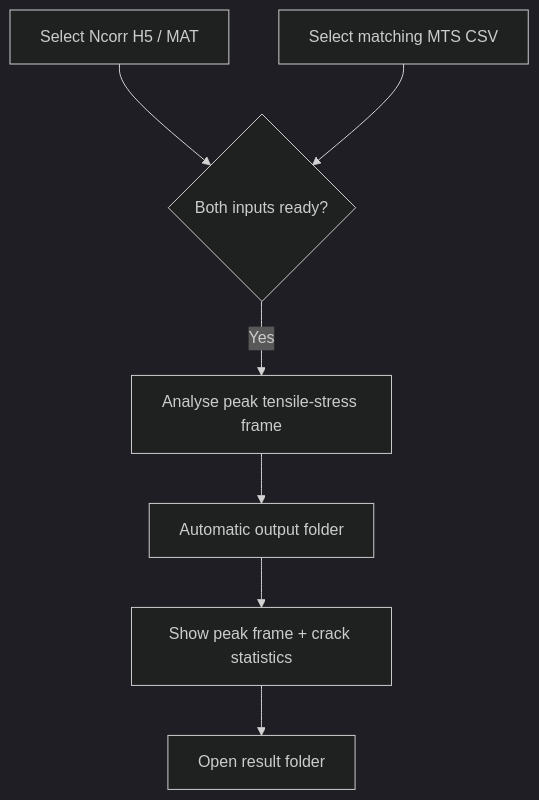
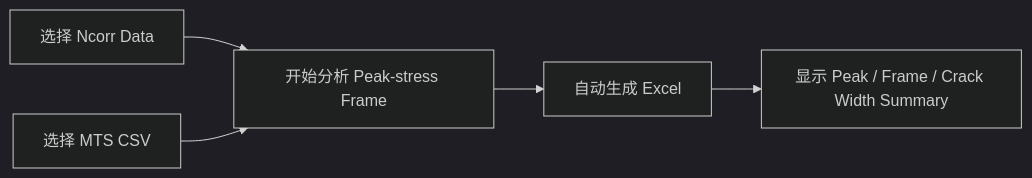
The sixth of 6 diagrams in README.md (liqinglq666/CrackVision-DIC), drawn with Mermaid (dark theme) before and after one commit. The commit also changed other lines of this file, not shown here.

````diff
--- a/README.md
+++ b/README.md
@@ -663,9 +799,7 @@
 ```mermaid
-flowchart TD
-    A[Select Ncorr H5 / MAT] --> C{Both inputs ready?}
-    B[Select matching MTS CSV] --> C
-    C -->|Yes| D[Analyse peak tensile-stress frame]
-    D --> E[Automatic output folder]
-    E --> F[Show peak frame + crack statistics]
-    F --> G[Open result folder]
+flowchart LR
+    A[选择 Ncorr Data] --> C[开始分析 Peak-stress Frame]
+    B[选择 MTS CSV] --> C
+    C --> D[自动生成 Excel]
+    D --> E[显示 Peak / Frame / Crack Width Summary]
 ```
````
